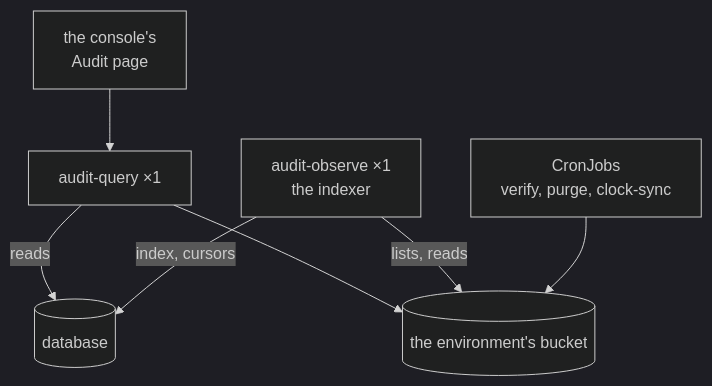
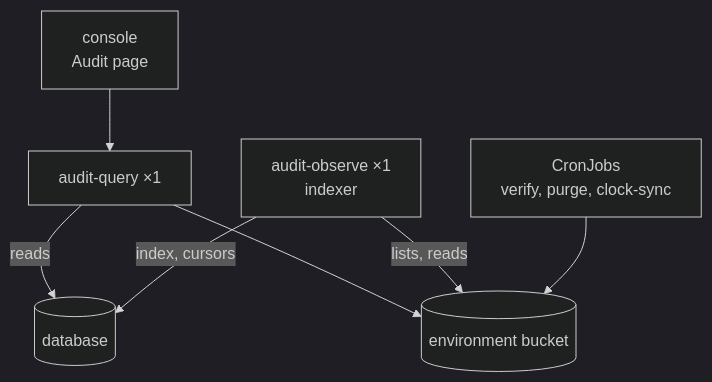
One commit to truvity/sluis changed the second of 3 diagrams in docs/concepts/audit/direct-mode.md. Above: the diagram before and after it, drawn with Mermaid (dark theme). The commit also changed other lines of this file and 61 other files, not shown here.

````diff
--- a/docs/concepts/audit/direct-mode.md
+++ b/docs/concepts/audit/direct-mode.md
@@ -31,15 +30,15 @@
 ```mermaid
 flowchart TB
-  CON["the console's<br/>Audit page"]
+  CON["console<br/>Audit page"]
   Q["audit-query ×1"]
-  OB["audit-observe ×1<br/>the indexer"]
+  OB["audit-observe ×1<br/>indexer"]
   CJ["CronJobs<br/>verify, purge, clock-sync"]
   PG[("database")]
-  S3[("the environment's bucket")]
+  S3[("environment bucket")]
   CON --> Q
   Q -- "reads" --> PG
   Q --> S3
   OB -- "index, cursors" --> PG
   OB -- "lists, reads" --> S3
   CJ --> S3
 ```
````
